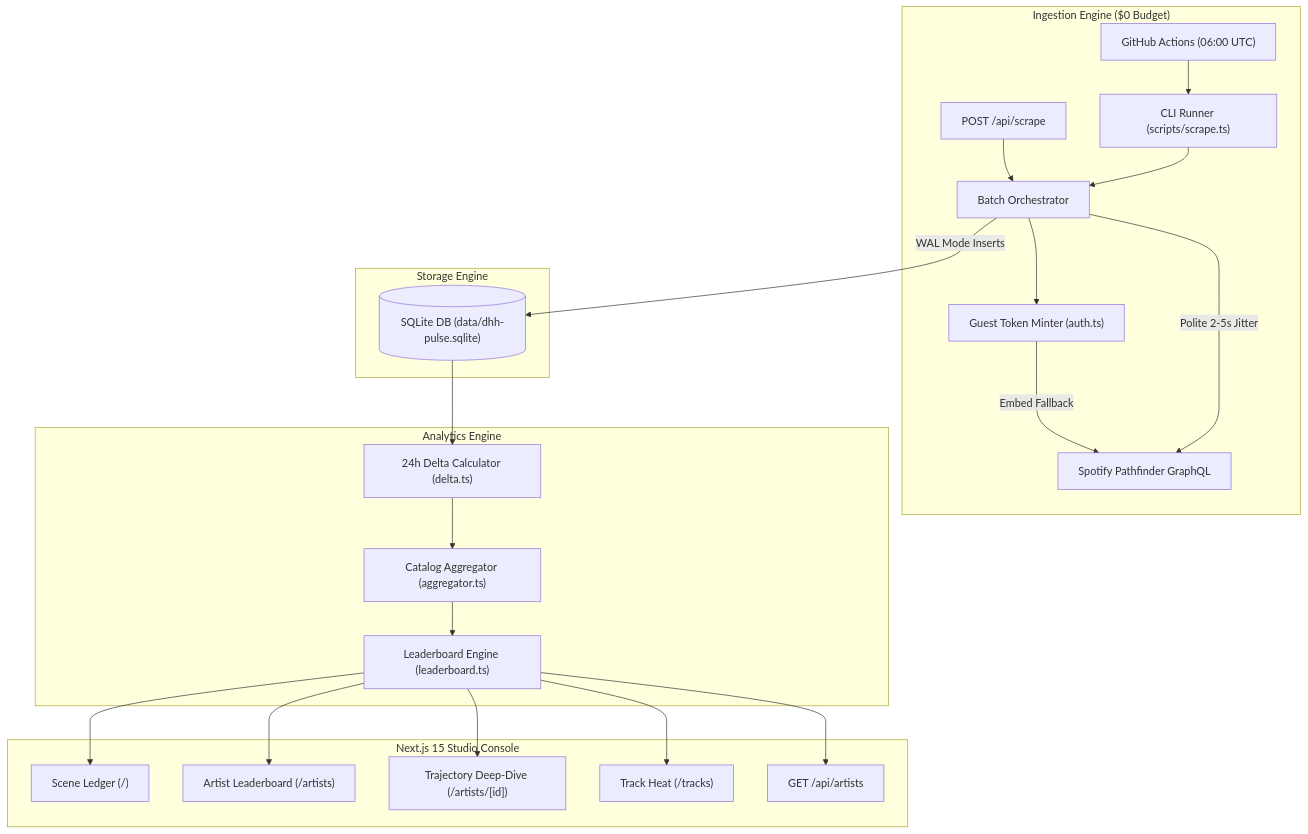
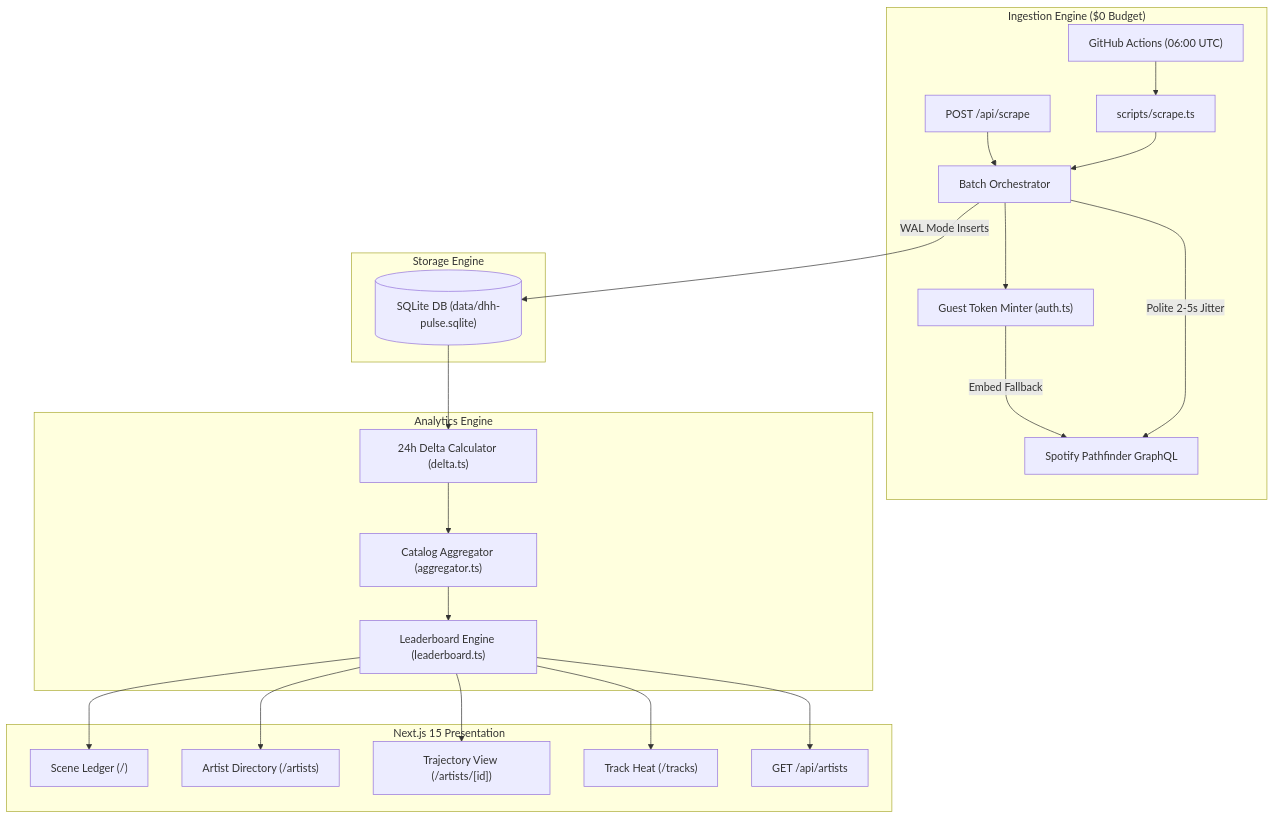
Before and after one commit to divyprj/dhh-pulse: the diagram in README.md, drawn with Mermaid. The commit also changed other lines of this file and 29 other files, not shown here.

Commit message:
docs: apply repository-engineering specification, architecture hierarchy & governance files

````diff
--- a/README.md
+++ b/README.md
@@ -30,29 +40,29 @@
 ```mermaid
 flowchart TD
     subgraph Ingestion["Ingestion Engine ($0 Budget)"]
-        Cron["GitHub Actions (06:00 UTC)"] --> CLI["CLI Runner (scripts/scrape.ts)"]
-        API["POST /api/scrape"] --> Orch["Batch Orchestrator"]
+        Cron["GitHub Actions (06:00 UTC)"] --> CLI["scripts/scrape.ts"]
+        APIScrape["POST /api/scrape"] --> Orch["Batch Orchestrator"]
         CLI --> Orch
         Orch --> Minter["Guest Token Minter (auth.ts)"]
         Minter -->|Embed Fallback| SpotWeb["Spotify Pathfinder GraphQL"]
         Orch -->|Polite 2-5s Jitter| SpotWeb
     end
 
     subgraph Storage["Storage Engine"]
         Orch -->|WAL Mode Inserts| DB[("SQLite DB (data/dhh-pulse.sqlite)")]
     end
 
     subgraph Analytics["Analytics Engine"]
         DB --> Delta["24h Delta Calculator (delta.ts)"]
         Delta --> Agg["Catalog Aggregator (aggregator.ts)"]
         Agg --> Rank["Leaderboard Engine (leaderboard.ts)"]
     end
 
-    subgraph UI["Next.js 15 Studio Console"]
+    subgraph Presentation["Next.js 15 Presentation"]
         Rank --> Home["Scene Ledger (/)"]
-        Rank --> Directory["Artist Leaderboard (/artists)"]
-        Rank --> ArtistView["Trajectory Deep-Dive (/artists/[id])"]
+        Rank --> Directory["Artist Directory (/artists)"]
+        Rank --> ArtistView["Trajectory View (/artists/[id])"]
         Rank --> Tracks["Track Heat (/tracks)"]
         Rank --> PublicAPI["GET /api/artists"]
     end
 ```
````
